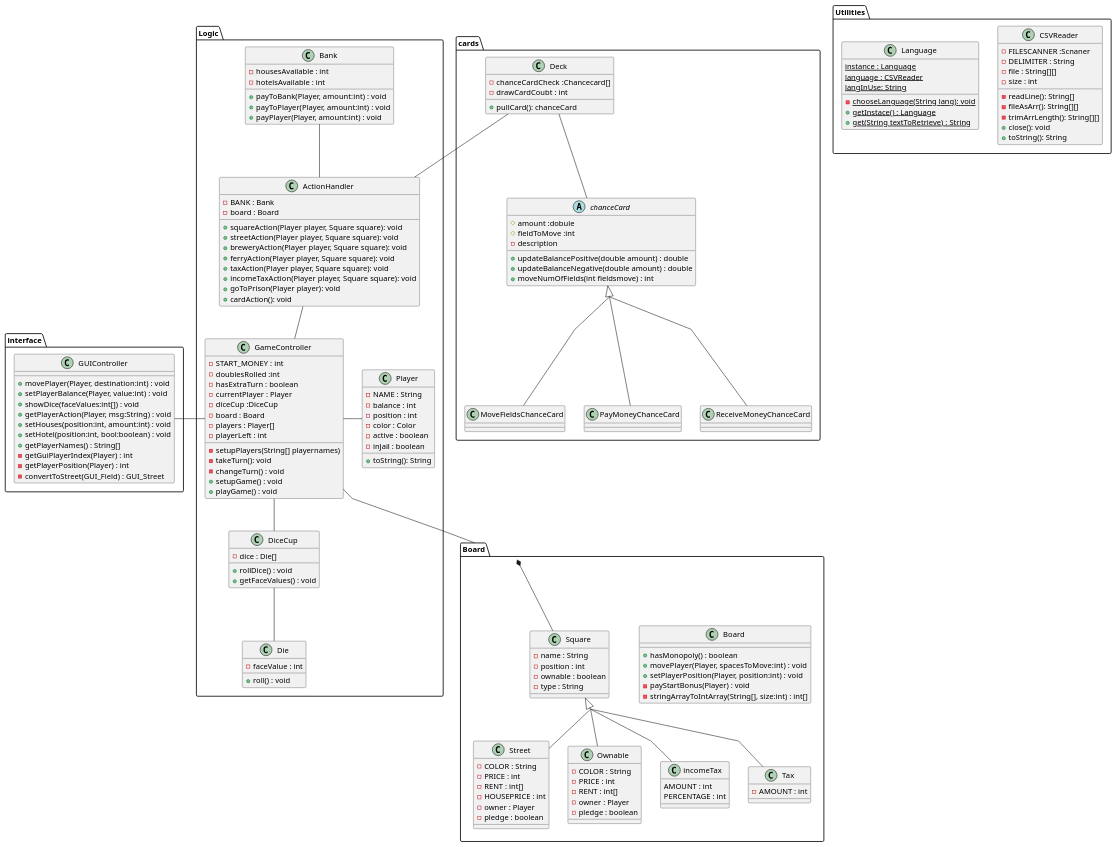
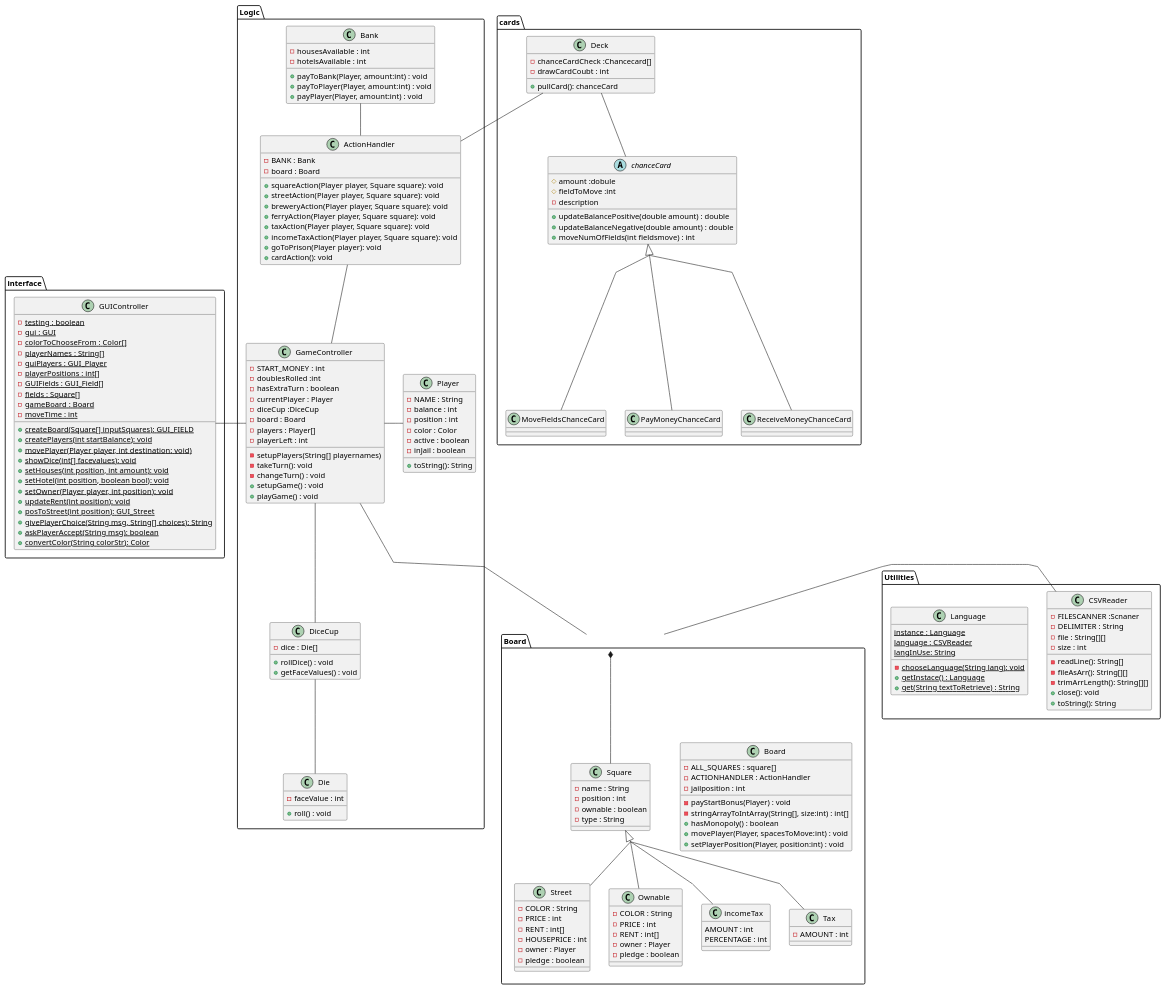
One commit to Greve2001/CDIO-final changed the diagram in diagrams/design_class_diagram.puml. Above: the diagram before and after it, drawn with PlantUML.

Commit message:
Updated Design Class diagram

```diff
--- a/diagrams/design_class_diagram.puml
+++ b/diagrams/design_class_diagram.puml
@@ -7,11 +7,16 @@
 package Board
 {
      class Board {
+     -ALL_SQUARES : square[]
+     -ACTIONHANDLER : ActionHandler
+     -jailposition : int
+
+    -payStartBonus(Player) : void
+    -stringArrayToIntArray(String[], size:int) : int[]
     +hasMonopoly() : boolean
     +movePlayer(Player, spacesToMove:int) : void
     +setPlayerPosition(Player, position:int) : void
-    -payStartBonus(Player) : void
-    -stringArrayToIntArray(String[], size:int) : int[]
+
     }
      class Square {
          -name : String
@@ -144,16 +149,29 @@
 }
 package interface{
 class GUIController{
-    +movePlayer(Player, destination:int) : void
-    +setPlayerBalance(Player, value:int) : void
-    +showDice(faceValues:int[]) : void
-    +getPlayerAction(Player, msg:String) : void
-    +setHouses(position:int, amount:int) : void
-    +setHotel(position:int, bool:boolean) : void
-    +getPlayerNames() : String[]
-    -getGuiPlayerIndex(Player) : int
-    -getPlayerPosition(Player) : int
-    -convertToStreet(GUI_Field) : GUI_Street
+      {static} -testing : boolean
+      {static} -gui : GUI
+      {static} -colorToChooseFrom : Color[]
+      {static} -playerNames : String[]
+      {static} -guiPlayers : GUI_Player
+      {static} -playerPositions : int[]
+      {static} -GUIFields : GUI_Field[]
+      {static} -fields : Square[]
+      {static} -gameBoard : Board
+      {static} -moveTime : int
+
+      {static} +createBoard(Square[] inputSquares): GUI_FIELD
+      {static} +createPlayers(int startBalance): void
+      {static} +movePlayer(Player player, int destination: void)
+      {static} +showDice(int[] facevalues): void
+      {static} +setHouses(int position, int amount): void
+      {static} +setHotel(int position, boolean bool): void
+      {static} +setOwner(Player player, int position): void
+      {static} +updateRent(int position): void
+      {static} +posToStreet(int position): GUI_Street
+      {static} +givePlayerChoice(String msg, String[] choices): String
+      {static} +askPlayerAccept(String msg): boolean
+      {static} +convertColor(String colorStr): Color
 }
 
 }
@@ -204,6 +222,8 @@
 chanceCard <|-- PayMoneyChanceCard
 chanceCard <|-- ReceiveMoneyChanceCard
 
+Board -l- CSVReader
+
 
 
 
```
